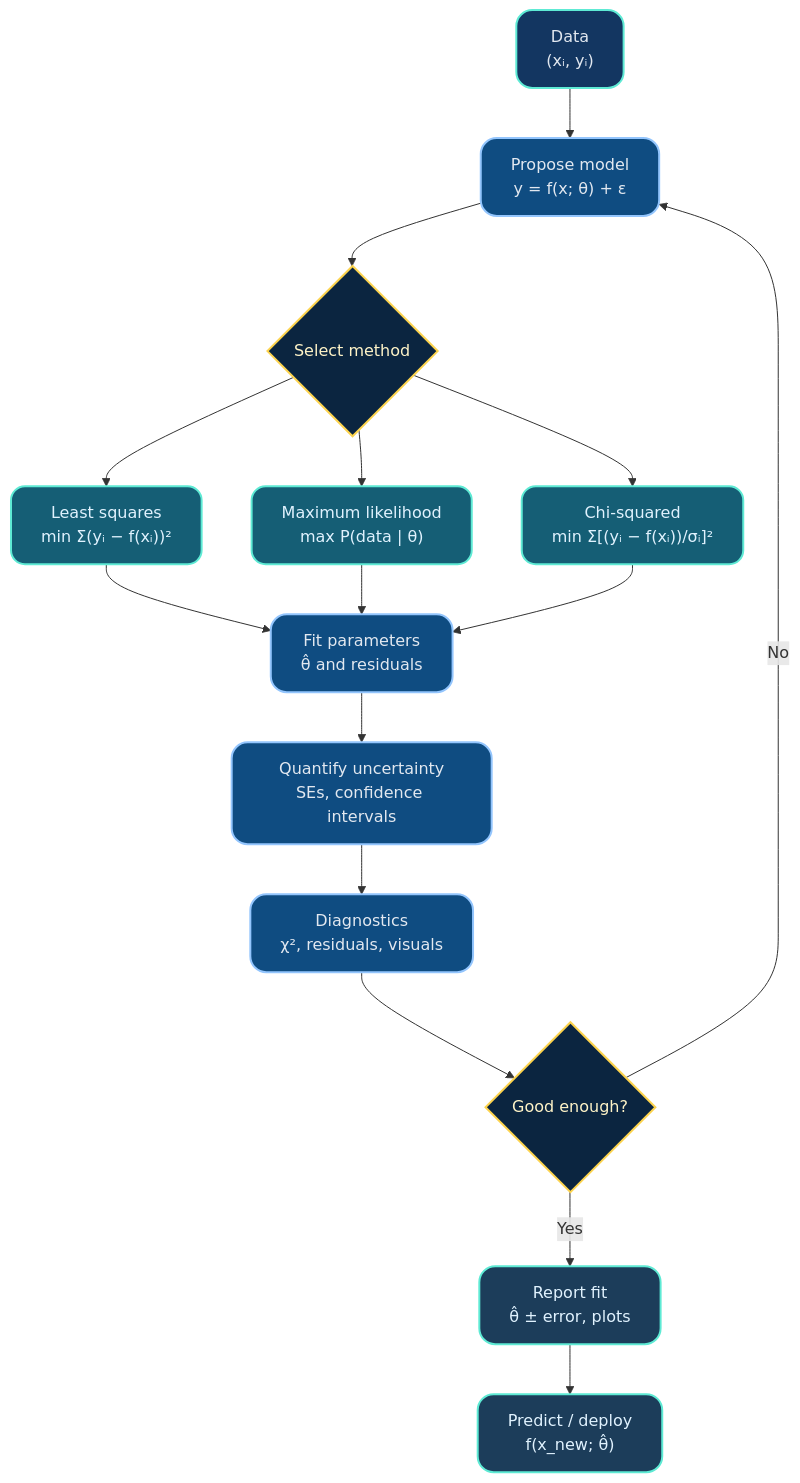
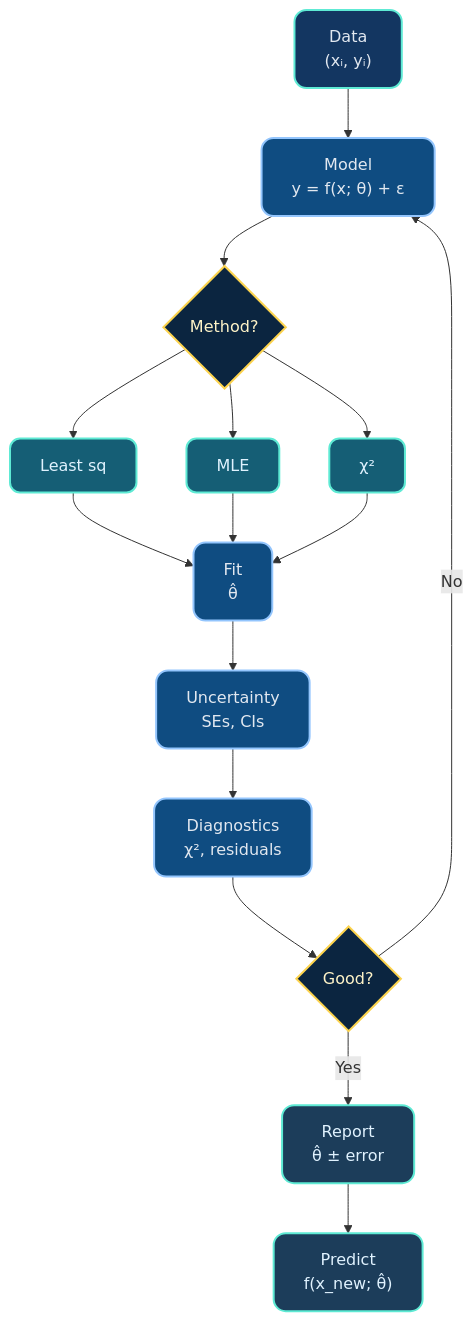
One commit to MindaugasSarpis/CERN_lessons_on_data_analysis changed the sixth of 6 diagrams in lectures/content/slides/L9_Probability_and_Statistics.md. Above: the diagram before and after it, drawn with Mermaid. The commit also changed other lines of this file, not shown here.

````diff
--- a/lectures/content/slides/L9_Probability_and_Statistics.md
+++ b/lectures/content/slides/L9_Probability_and_Statistics.md
@@ -2086,33 +1420,33 @@
 ```mermaid
 %%{init: {'theme': 'dark', 'themeVariables': {
   'primaryColor': '#0f1f3d',
   'primaryBorderColor': '#60a5fa',
   'primaryTextColor': '#e2e8f0',
   'secondaryColor': '#102b4c',
   'tertiaryColor': '#143860',
   'lineColor': '#5eead4',
   'fontFamily': 'Inter, Segoe UI, sans-serif'
-}, 'flowchart': {'curve': 'basis', 'htmlLabels': true, 'nodeSpacing': 45, 'rankSpacing': 55}}%%
+}, 'flowchart': {'curve': 'basis', 'htmlLabels': true, 'nodeSpacing': 30, 'rankSpacing': 35}}%%
 flowchart TB
-    Data["Data<br/>(xᵢ, yᵢ)"]:::input --> Model["Propose model<br/>y = f(x; θ) + ε"]:::process
-    Model --> Method{"Select method"}:::decision
-    Method --> LS["Least squares<br/>min Σ(yᵢ − f(xᵢ))²"]:::option
-    Method --> MLE["Maximum likelihood<br/>max P(data | θ)"]:::option
-    Method --> Chi["Chi-squared<br/>min Σ[(yᵢ − f(xᵢ))/σᵢ]²"]:::option
+    Data["Data<br/>(xᵢ, yᵢ)"]:::input --> Model["Model<br/>y = f(x; θ) + ε"]:::process
+    Model --> Method{"Method?"}:::decision
+    Method --> LS["Least sq"]:::option
+    Method --> MLE["MLE"]:::option
+    Method --> Chi["χ²"]:::option
 
     LS --> Fit
     MLE --> Fit
     Chi --> Fit
-    Fit["Fit parameters<br/>θ̂ and residuals"]:::process --> Uncertainty["Quantify uncertainty<br/>SEs, confidence intervals"]:::process
-    Uncertainty --> Diagnostics["Diagnostics<br/>χ², residuals, visuals"]:::process
-    Diagnostics --> Decision{"Good enough?"}:::decision
-    Decision -->|Yes| Report["Report fit<br/>θ̂ ± error, plots"]:::output
+    Fit["Fit<br/>θ̂"]:::process --> Uncertainty["Uncertainty<br/>SEs, CIs"]:::process
+    Uncertainty --> Diagnostics["Diagnostics<br/>χ², residuals"]:::process
+    Diagnostics --> Decision{"Good?"}:::decision
+    Decision -->|Yes| Report["Report<br/>θ̂ ± error"]:::output
     Decision -->|No| Model
-    Report --> Predict["Predict / deploy<br/>f(x_new; θ̂)"]:::output
+    Report --> Predict["Predict<br/>f(x_new; θ̂)"]:::output
 
-    classDef input fill:#133661,stroke:#5eead4,stroke-width:2px,color:#e2e8f0,rx:16px,ry:16px;
-    classDef process fill:#0f4c81,stroke:#93c5fd,stroke-width:2px,color:#e2e8f0,rx:16px,ry:16px;
-    classDef decision fill:#0b2540,stroke:#fcd34d,stroke-width:2px,color:#fef3c7,rx:18px,ry:18px;
-    classDef option fill:#155e75,stroke:#5eead4,stroke-width:2px,color:#e0f2fe,rx:14px,ry:14px;
-    classDef output fill:#1c3d5a,stroke:#5eead4,stroke-width:2px,color:#e0f2fe,rx:16px,ry:16px;
+    classDef input fill:#133661,stroke:#5eead4,stroke-width:2px,color:#e2e8f0,rx:12px,ry:12px;
+    classDef process fill:#0f4c81,stroke:#93c5fd,stroke-width:2px,color:#e2e8f0,rx:12px,ry:12px;
+    classDef decision fill:#0b2540,stroke:#fcd34d,stroke-width:2px,color:#fef3c7,rx:14px,ry:14px;
+    classDef option fill:#155e75,stroke:#5eead4,stroke-width:2px,color:#e0f2fe,rx:10px,ry:10px;
+    classDef output fill:#1c3d5a,stroke:#5eead4,stroke-width:2px,color:#e0f2fe,rx:12px,ry:12px;
 ```
````
